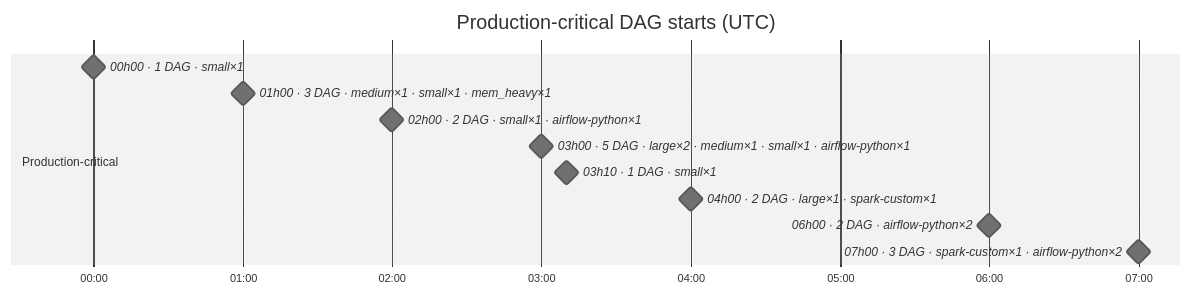
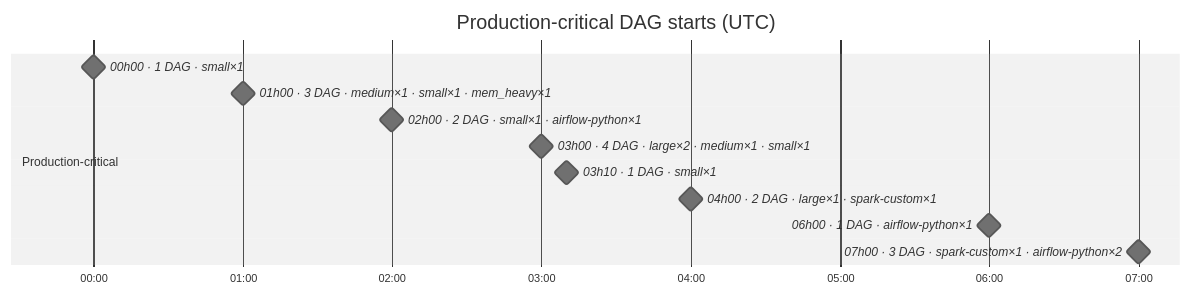
One commit to DayMarket/ml-feature-platform changed the second of 7 diagrams in docs/feature_platform_map.md. Above: the diagram before and after it, drawn with Mermaid (neutral theme). The commit also changed other lines of this file and 13 other files, not shown here.

````diff
--- a/docs/feature_platform_map.md
+++ b/docs/feature_platform_map.md
@@ -123,16 +117,16 @@
 ```mermaid
 gantt
     title Production-critical DAG starts (UTC)
     dateFormat HH:mm
     axisFormat %H:%M
     tickInterval 1hour
     section Production-critical
     00h00 · 1 DAG · small×1 :milestone, s0_0000, 00:00, 0m
     01h00 · 3 DAG · medium×1 · small×1 · mem_heavy×1 :milestone, s0_0060, 01:00, 0m
     02h00 · 2 DAG · small×1 · airflow-python×1 :milestone, s0_0120, 02:00, 0m
-    03h00 · 5 DAG · large×2 · medium×1 · small×1 · airflow-python×1 :milestone, s0_0180, 03:00, 0m
+    03h00 · 4 DAG · large×2 · medium×1 · small×1 :milestone, s0_0180, 03:00, 0m
     03h10 · 1 DAG · small×1 :milestone, s0_0190, 03:10, 0m
     04h00 · 2 DAG · large×1 · spark-custom×1 :milestone, s0_0240, 04:00, 0m
-    06h00 · 2 DAG · airflow-python×2 :milestone, s0_0360, 06:00, 0m
+    06h00 · 1 DAG · airflow-python×1 :milestone, s0_0360, 06:00, 0m
     07h00 · 3 DAG · spark-custom×1 · airflow-python×2 :milestone, s0_0420, 07:00, 0m
 ```
````
